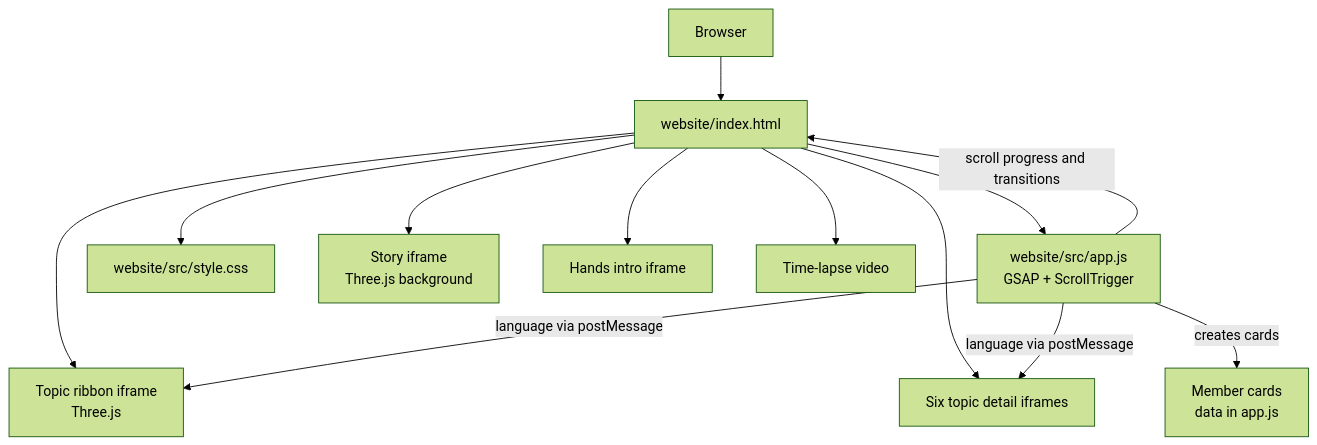
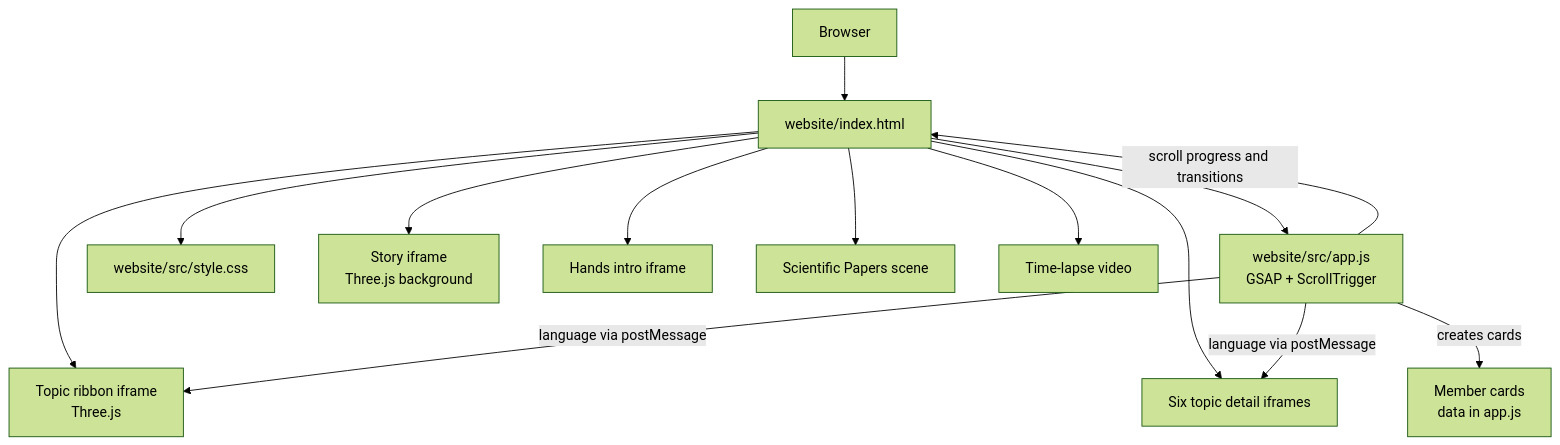
Before and after one commit to Trunganhlaptrinh/Intro-FSML: the diagram in docs/architecture.md, drawn with Mermaid (forest theme). The commit also changed other lines of this file and 21 other files, not shown here.

Commit message:
Add topic roadmaps and scientific papers

````diff
--- a/docs/architecture.md
+++ b/docs/architecture.md
@@ -7,26 +7,28 @@
 ```mermaid
 flowchart TD
     Browser[Browser]
     Main[website/index.html]
     App[website/src/app.js<br/>GSAP + ScrollTrigger]
     Style[website/src/style.css]
     Story[Story iframe<br/>Three.js background]
     Hands[Hands intro iframe]
     Ribbon[Topic ribbon iframe<br/>Three.js]
     Details[Six topic detail iframes]
+    Papers[Scientific Papers scene]
     Members[Member cards<br/>data in app.js]
     Video[Time-lapse video]
 
     Browser --> Main
     Main --> App
     Main --> Style
     Main --> Story
     Main --> Hands
     Main --> Ribbon
     Main --> Details
+    Main --> Papers
     App -->|scroll progress and transitions| Main
     App -->|language via postMessage| Ribbon
     App -->|language via postMessage| Details
     App -->|creates cards| Members
     Main --> Video
 ```
````
